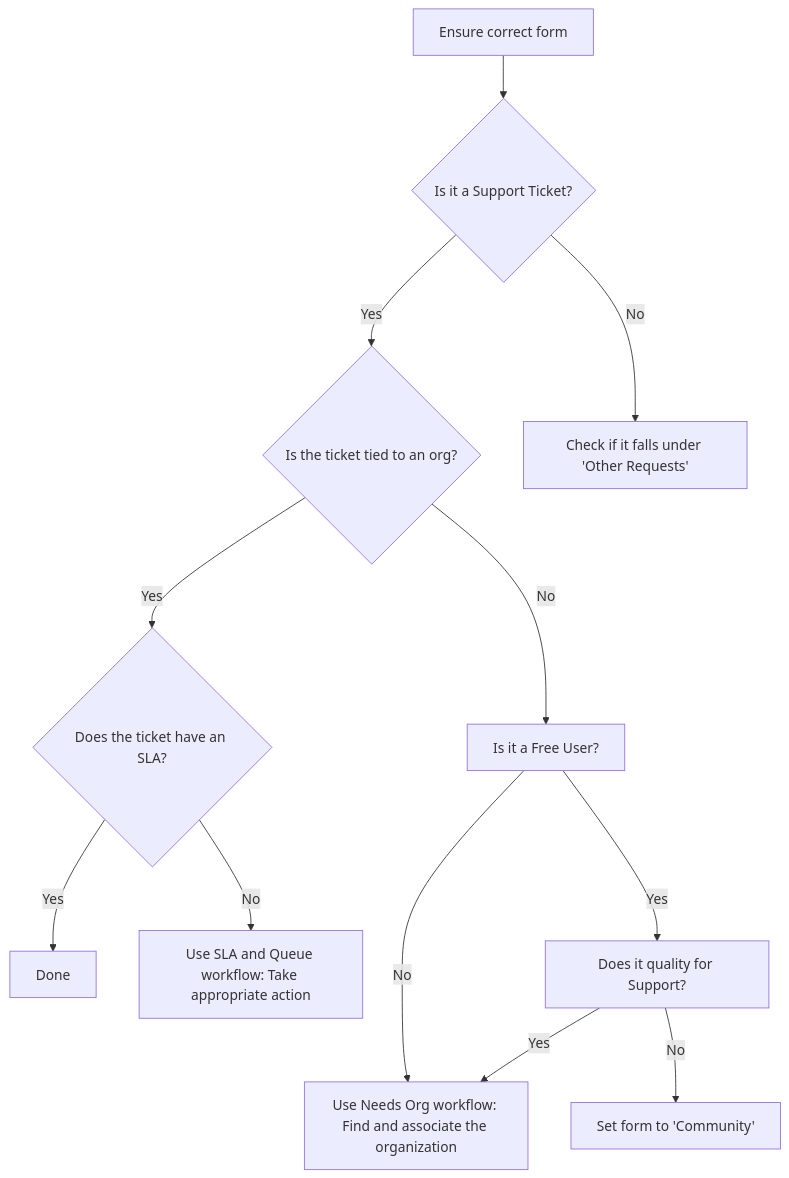
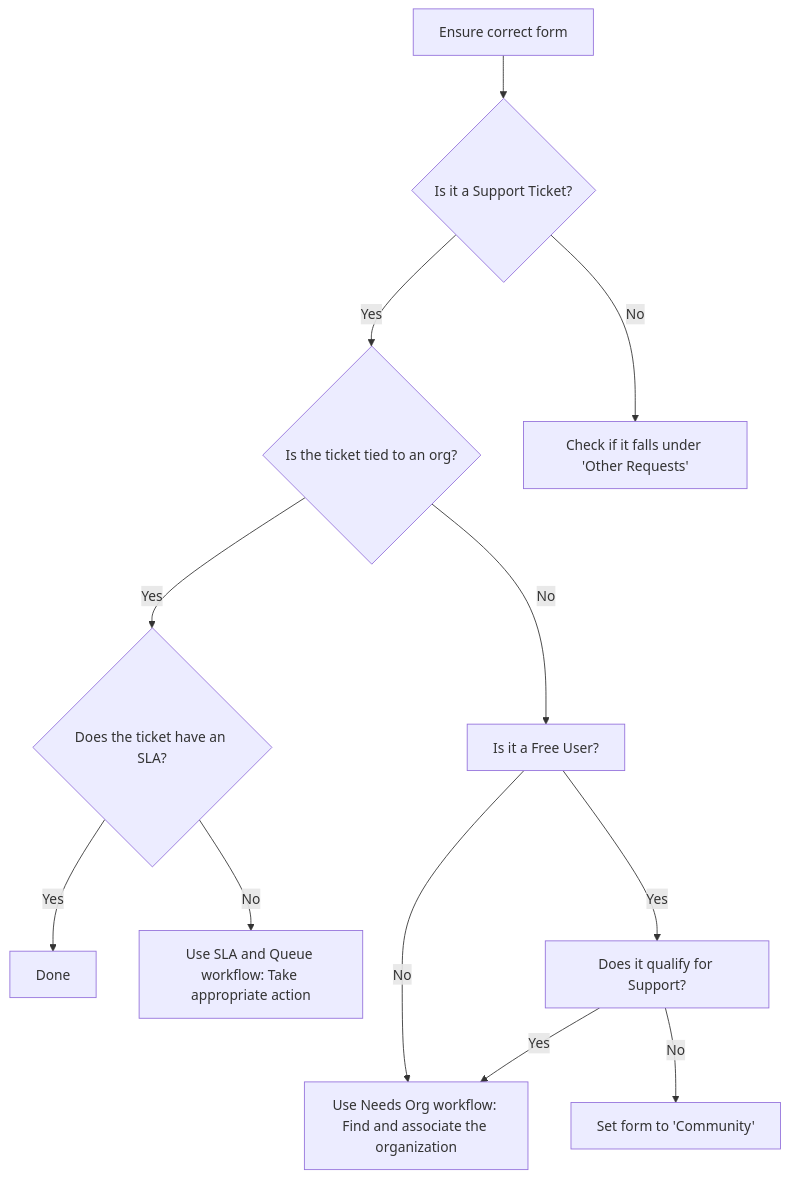
One commit to secretstartups/handbook changed the diagram in support/workflows/ticket_triage.html.md. Above: the diagram before and after it, drawn with Mermaid.

````diff
--- a/support/workflows/ticket_triage.html.md
+++ b/support/workflows/ticket_triage.html.md
@@ -22,14 +22,14 @@
 ```mermaid
 graph TD
     G[Ensure correct form] --> A{Is it a Support Ticket?}
     A -->|Yes| B{Is the ticket tied to an org?}
     A -->|No| H[Check if it falls under 'Other Requests']
     B -->|Yes| D{Does the ticket have an SLA?}
     B -->|No| J[Is it a Free User?]
     D -->|Yes| C[Done]
     D -->|No| F[Use SLA and Queue workflow: Take appropriate action]
     J --> |No| E[Use Needs Org workflow: Find and associate the organization]
-    J --> |Yes| I[Does it quality for Support?]
+    J --> |Yes| I[Does it qualify for Support?]
     I --> |No| K[Set form to 'Community']
     I --> |Yes| E
 ```
````
